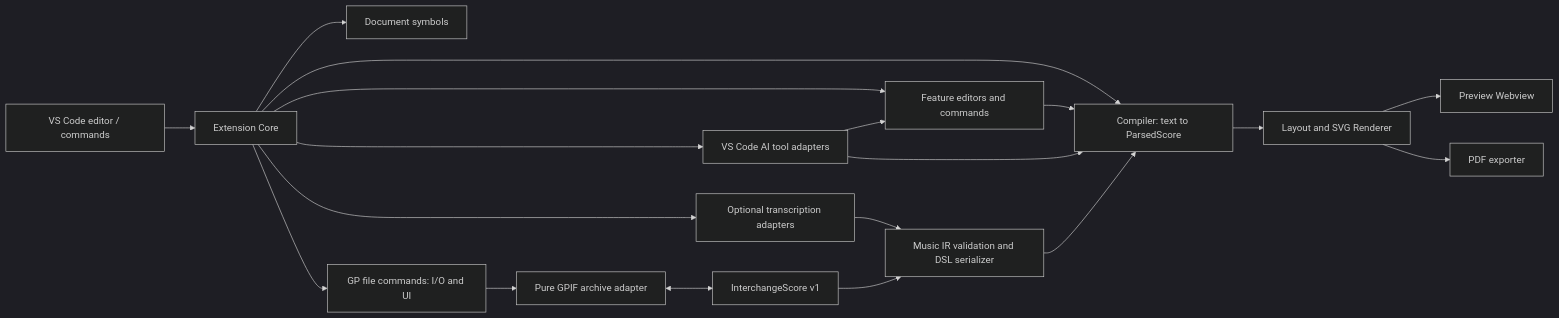
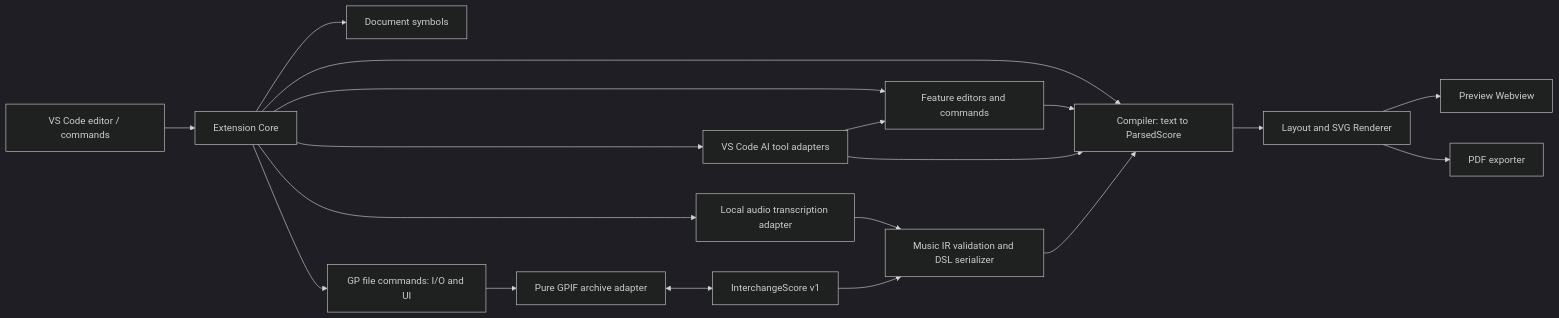
One commit to puchinya/vscode-guitar-dsl changed the diagram in docs/design/architecture.md. Above: the diagram before and after it, drawn with Mermaid (dark theme). The commit also changed other lines of this file and 95 other files, not shown here.

````diff
--- a/docs/design/architecture.md
+++ b/docs/design/architecture.md
@@ -34,21 +35,21 @@
 ```mermaid
 flowchart LR
     Editor["VS Code editor / commands"] --> Core["Extension Core"]
     Core --> Compiler["Compiler: text to ParsedScore"]
     Compiler --> Render["Layout and SVG Renderer"]
     Render --> Webview["Preview Webview"]
     Render --> Pdf["PDF exporter"]
     Core --> Symbols["Document symbols"]
     Core --> Editors["Feature editors and commands"]
-    Core --> Audio["Optional transcription adapters"]
+    Core --> Audio["Local audio transcription adapter"]
     Core --> AI["VS Code AI tool adapters"]
     Core --> GPCommands["GP file commands: I/O and UI"]
     Editors --> Compiler
     Audio --> Serializer["Music IR validation and DSL serializer"]
     AI --> Compiler
     AI --> Editors
     GPCommands --> GPAdapter["Pure GPIF archive adapter"]
     GPAdapter <--> Interchange["InterchangeScore v1"]
     Interchange --> Serializer
     Serializer --> Compiler
 ```
````
